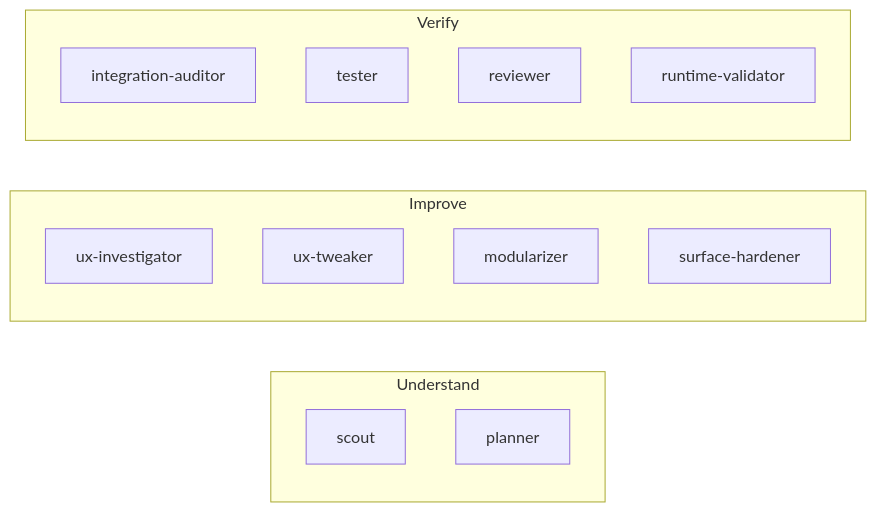
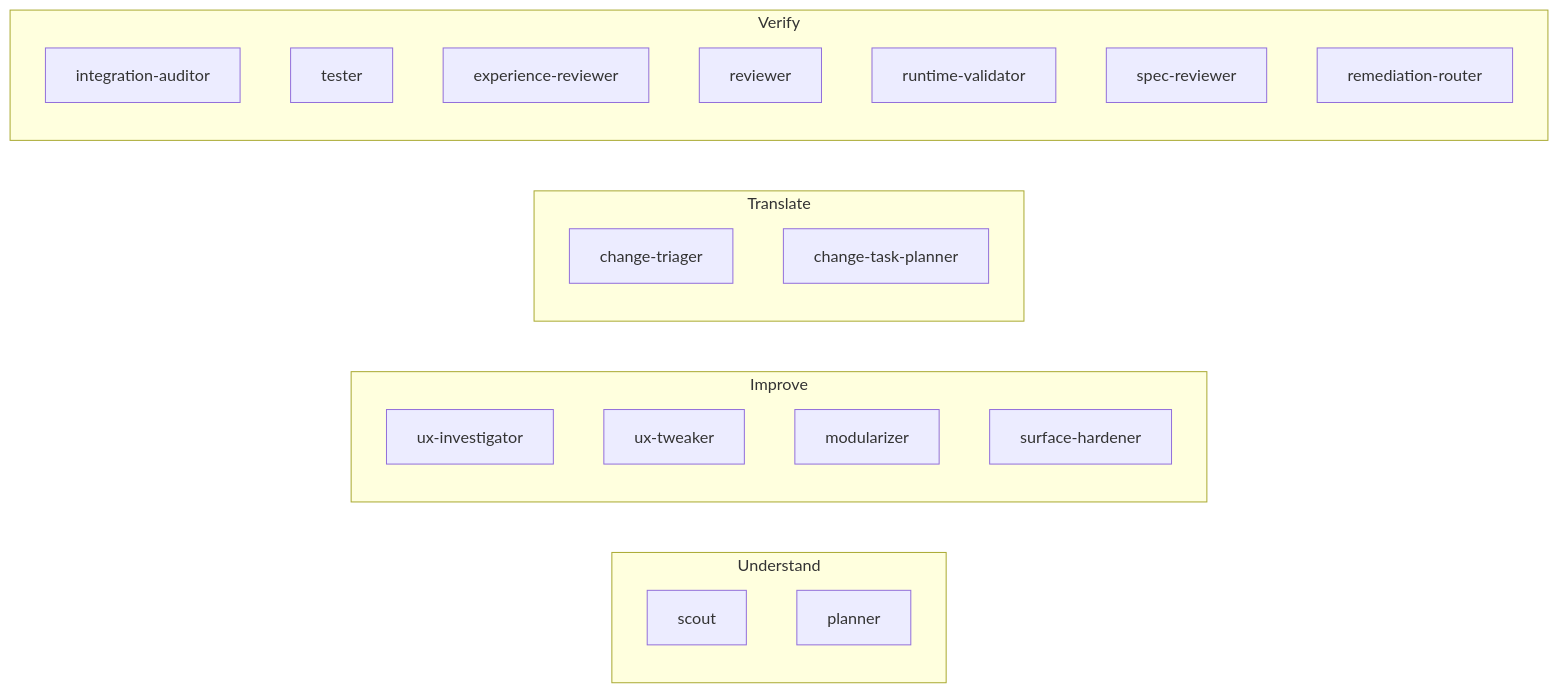
Before and after one commit to cankocakulak/ViberMode: the sixth of 6 diagrams in docs/reference/repo-visual-map.md, drawn with Mermaid. The commit also changed other lines of this file and 88 other files, not shown here.

````diff
--- a/docs/reference/repo-visual-map.md
+++ b/docs/reference/repo-visual-map.md
@@ -178,21 +210,29 @@
 ```mermaid
 flowchart LR
     subgraph understand["Understand"]
         scout["scout"]
         planner["planner"]
     end
 
     subgraph improve["Improve"]
         ux_investigator["ux-investigator"]
         ux_tweaker["ux-tweaker"]
         modularizer["modularizer"]
         surface_hardener["surface-hardener"]
     end
 
+    subgraph translate["Translate"]
+        change_triager["change-triager"]
+        change_task_planner["change-task-planner"]
+    end
+
     subgraph verify["Verify"]
         integration_auditor["integration-auditor"]
         tester["tester"]
+        experience_reviewer["experience-reviewer"]
         reviewer["reviewer"]
         runtime_validator["runtime-validator"]
+        spec_reviewer["spec-reviewer"]
+        remediation_router["remediation-router"]
     end
 ```
````
